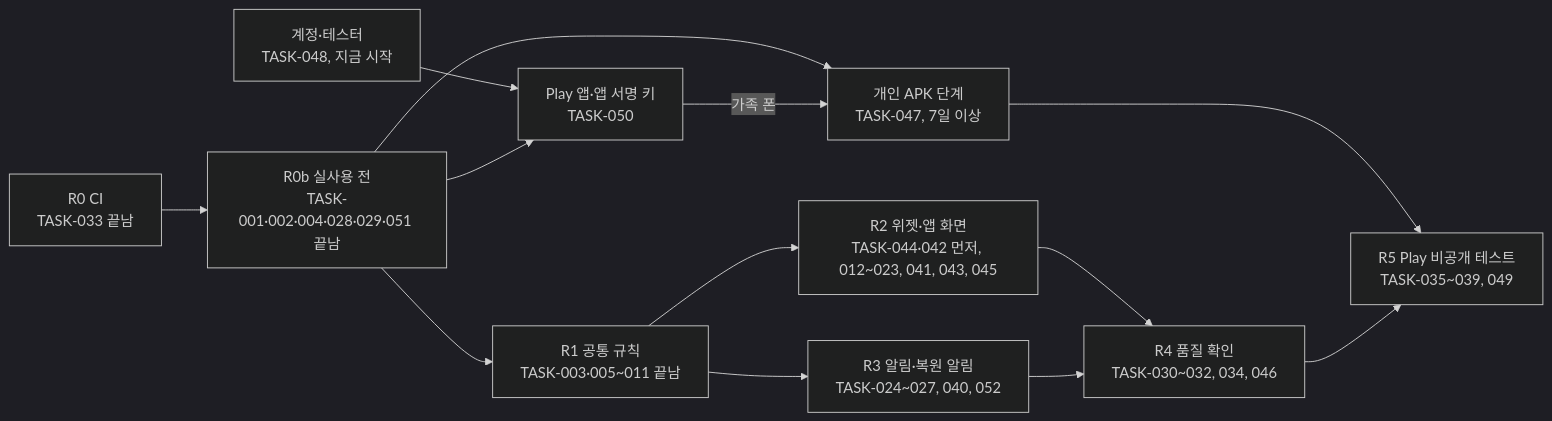
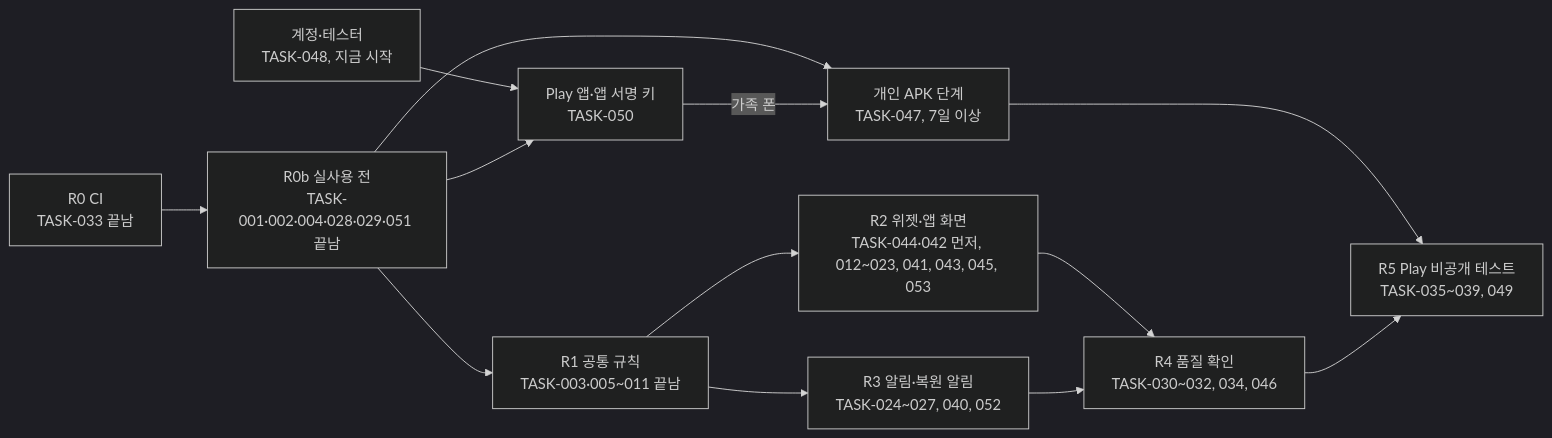
One commit to judangbang-ops/pillbadeum_release changed the diagram in docs/08-wbs/wbs.md. Above: the diagram before and after it, drawn with Mermaid (dark theme). The commit also changed other lines of this file and 37 other files, not shown here.

````diff
--- a/docs/08-wbs/wbs.md
+++ b/docs/08-wbs/wbs.md
@@ -201,15 +204,15 @@
 ```mermaid
 flowchart LR
     R0["R0 CI<br/>TASK-033 끝남"] --> R0b["R0b 실사용 전<br/>TASK-001·002·004·028·029·051 끝남"]
     R0b --> P["개인 APK 단계<br/>TASK-047, 7일 이상"]
     R0b --> R1["R1 공통 규칙<br/>TASK-003·005~011 끝남"]
     A["계정·테스터<br/>TASK-048, 지금 시작"] --> K["Play 앱·앱 서명 키<br/>TASK-050"]
     R0b --> K
     K -->|가족 폰| P
-    R1 --> R2["R2 위젯·앱 화면<br/>TASK-044·042 먼저, 012~023, 041, 043, 045"]
+    R1 --> R2["R2 위젯·앱 화면<br/>TASK-044·042 먼저, 012~023, 041, 043, 045, 053"]
     R1 --> R3["R3 알림·복원 알림<br/>TASK-024~027, 040, 052"]
     R2 --> R4["R4 품질 확인<br/>TASK-030~032, 034, 046"]
     R3 --> R4
     P --> R5
     R4 --> R5["R5 Play 비공개 테스트<br/>TASK-035~039, 049"]
 ```
````
